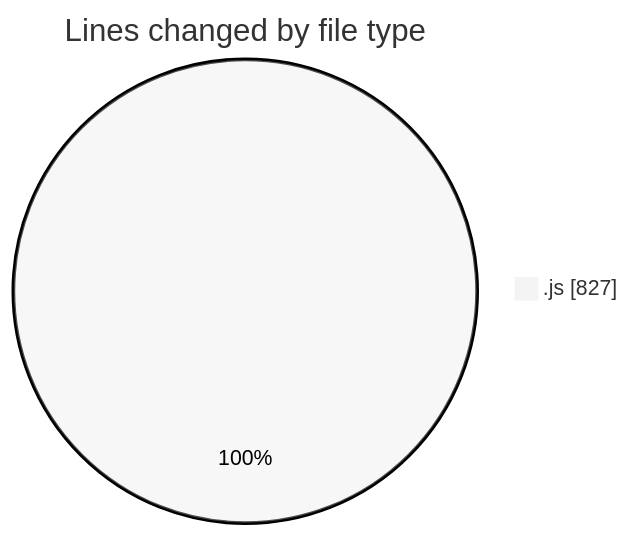
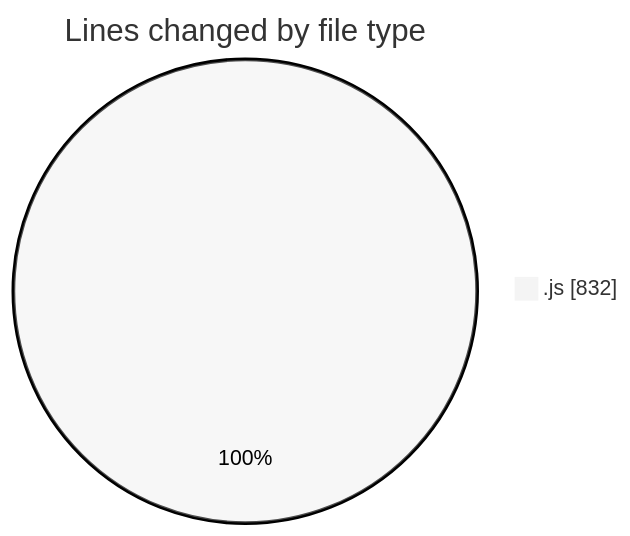
One commit to nxtqubesakshisongat/code-tracking changed the first of 2 diagrams in 2025-09-09/cashcalculator/README.md. Above: the diagram before and after it, drawn with Mermaid (neutral theme). The commit also changed other lines of this file and 1 other file, not shown here.

````diff
--- a/2025-09-09/cashcalculator/README.md
+++ b/2025-09-09/cashcalculator/README.md
@@ -20,5 +20,5 @@
 ```mermaid
 pie showData
 title Lines changed by file type
-".js" : 827
+".js" : 832
 ```
````
